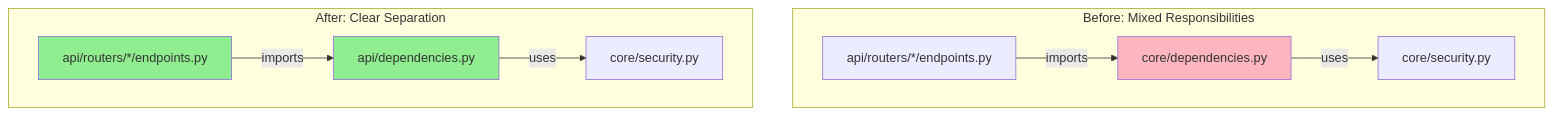
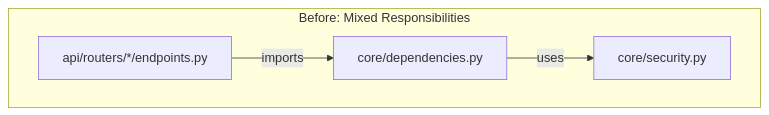
The first of 6 diagrams in docs/changes_from_refactor-services_to_improve-services.md (ELC/upskilling), drawn with Mermaid before and after one commit. The commit also changed other lines of this file, not shown here.

Commit message:
chore(docs): add changelog summary

````diff
--- a/docs/changes_from_refactor-services_to_improve-services.md
+++ b/docs/changes_from_refactor-services_to_improve-services.md
@@ -27,25 +27,11 @@
 ```mermaid
 graph TB
     subgraph "Before: Mixed Responsibilities"
         A[core/dependencies.py]
         B[api/routers/*/endpoints.py]
         C[core/security.py]
         
         B -->|imports| A
         A -->|uses| C
-        
-        style A fill:#FFB6C1
-    end
-    
-    subgraph "After: Clear Separation"
-        D[api/dependencies.py]
-        E[api/routers/*/endpoints.py]
-        F[core/security.py]
-        
-        E -->|imports| D
-        D -->|uses| F
-        
-        style D fill:#90EE90
-        style E fill:#90EE90
     end
 ```
````
